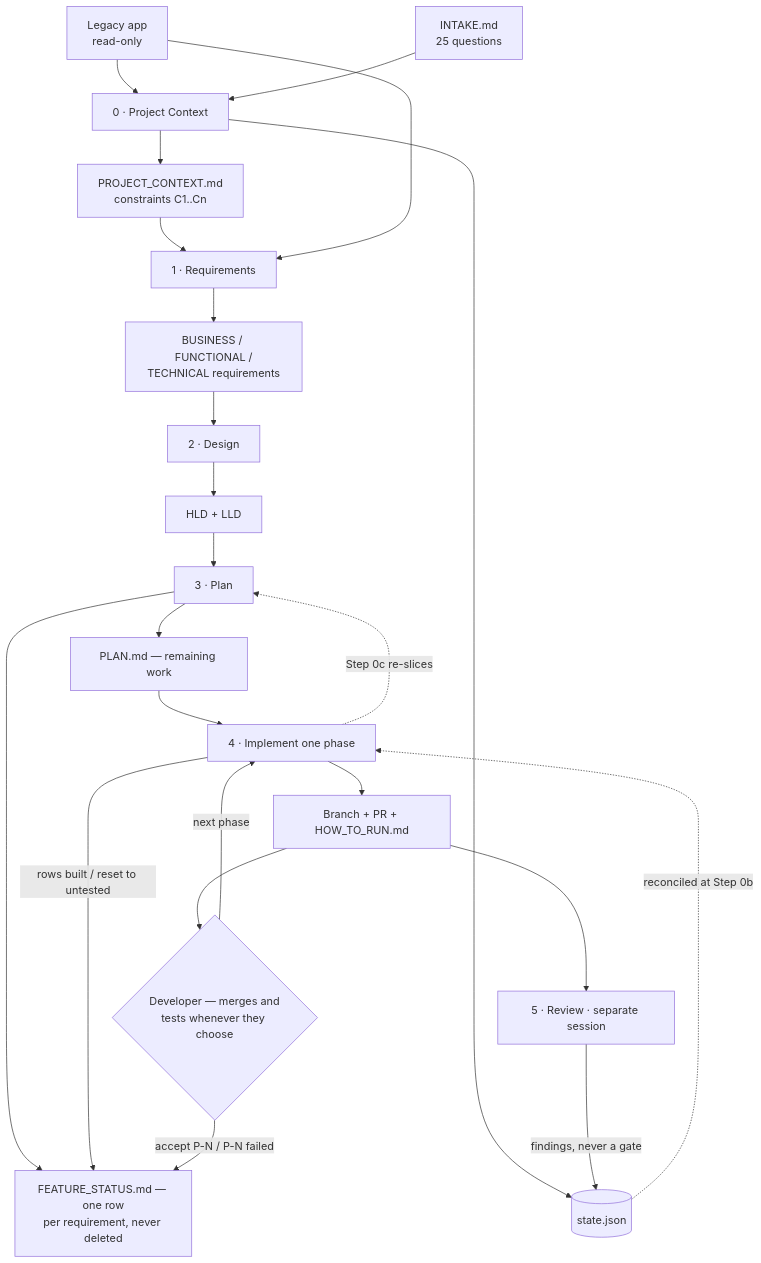
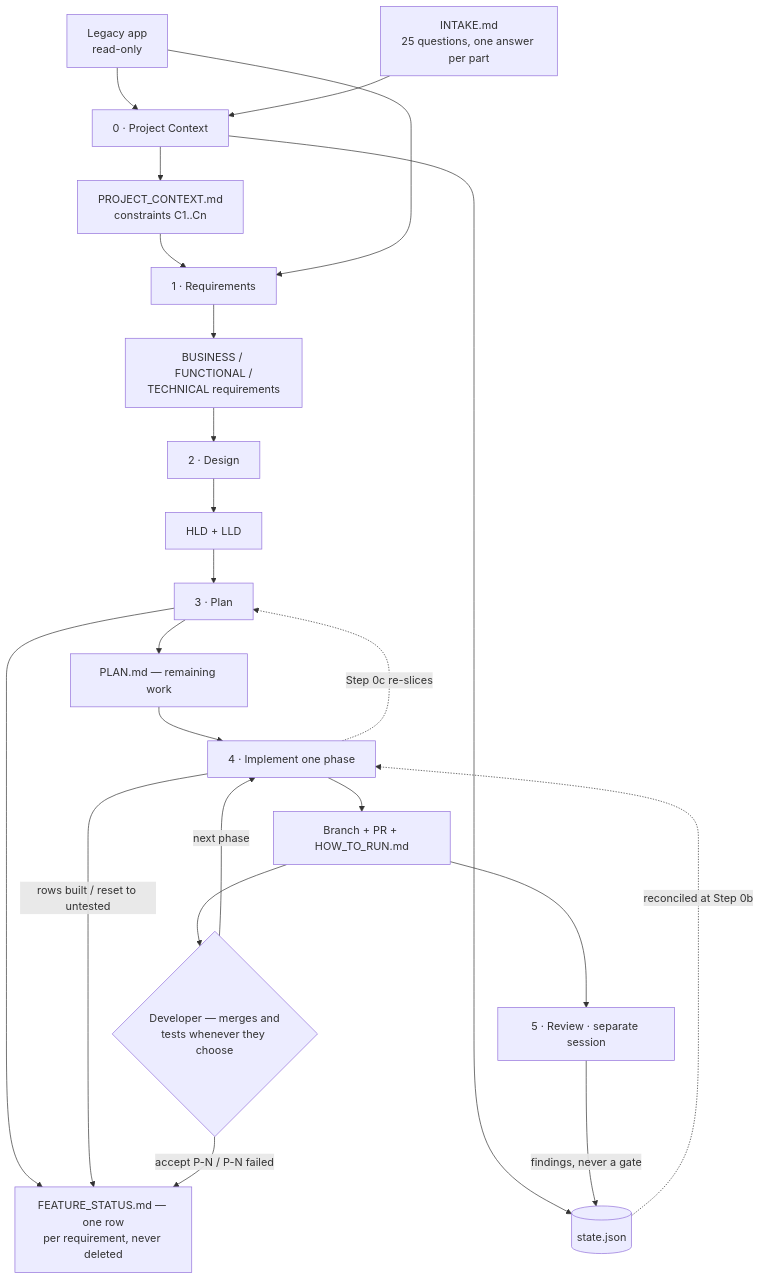
The first of 4 diagrams in docs/DESIGN.md (Mabeesha/AppModernizationHarness), drawn with Mermaid before and after one commit. The commit also changed other lines of this file and 7 other files, not shown here.

First line of the commit message:
Intake: one question per heading, one answer per question

````diff
--- a/docs/DESIGN.md
+++ b/docs/DESIGN.md
@@ -33,25 +33,25 @@
 ```mermaid
 flowchart TD
     L[Legacy app<br/>read-only] --> S0
-    I[INTAKE.md<br/>25 questions] --> S0[0 · Project Context]
+    I[INTAKE.md<br/>25 questions, one answer per part] --> S0[0 · Project Context]
     S0 --> PC[PROJECT_CONTEXT.md<br/>constraints C1..Cn]
     S0 --> ST[(state.json)]
     PC --> S1[1 · Requirements]
     L --> S1
     S1 --> REQ[BUSINESS / FUNCTIONAL /<br/>TECHNICAL requirements]
     REQ --> S2[2 · Design]
     S2 --> D[HLD + LLD]
     D --> S3[3 · Plan]
     S3 --> PL[PLAN.md — remaining work]
     S3 --> FS[FEATURE_STATUS.md — one row<br/>per requirement, never deleted]
     PL --> S4[4 · Implement one phase]
     S4 --> PR[Branch + PR + HOW_TO_RUN.md]
     S4 -->|rows built / reset to untested| FS
     PR --> DEV{Developer — merges and<br/>tests whenever they choose}
     DEV -- next phase --> S4
     DEV -- accept P-N / P-N failed --> FS
     S4 -.->|Step 0c re-slices| S3
     PR --> S5[5 · Review · separate session]
     S5 -->|findings, never a gate| ST
     ST -.->|reconciled at Step 0b| S4
 ```
````
